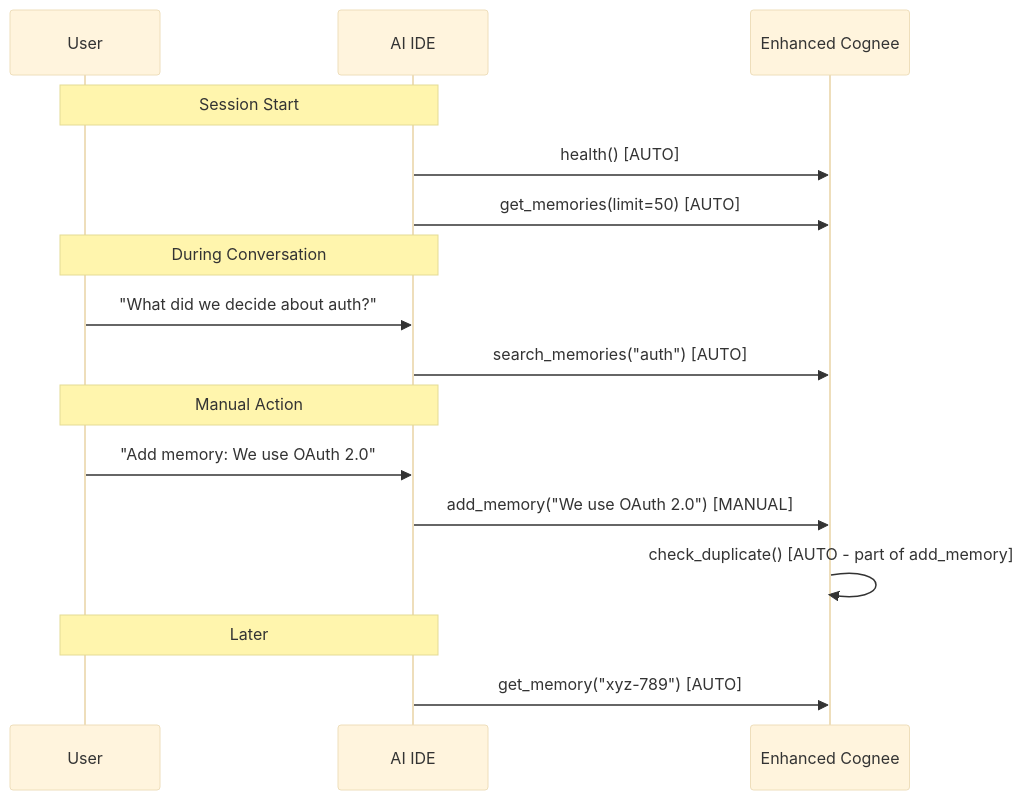
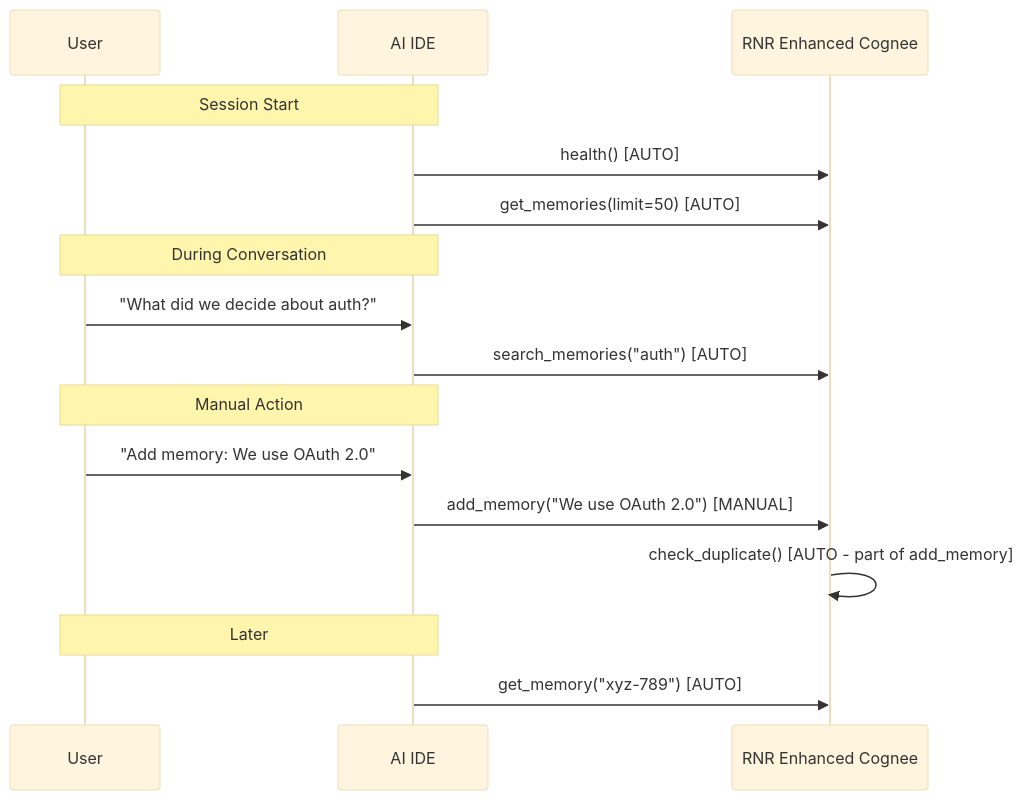
Before and after one commit to vincentspereira/Enhanced-Cognee: the diagram in docs/reports/audits/AUDIT_SUMMARY.md, drawn with Mermaid (base theme). The commit also changed other lines of this file and 464 other files, not shown here.

First line of the commit message:
chore(rename): rebrand references to RNR Enhanced Cognee

````diff
--- a/docs/reports/audits/AUDIT_SUMMARY.md
+++ b/docs/reports/audits/AUDIT_SUMMARY.md
@@ -154,26 +154,26 @@
 ```mermaid
 sequenceDiagram
     participant User
     participant AI as AI IDE
-    participant MCP as Enhanced Cognee
+    participant MCP as RNR Enhanced Cognee
 
     Note over User,AI: Session Start
 
     AI->>MCP: health() [AUTO]
     AI->>MCP: get_memories(limit=50) [AUTO]
 
     Note over User,AI: During Conversation
 
     User->>AI: "What did we decide about auth?"
     AI->>MCP: search_memories("auth") [AUTO]
 
     Note over User,AI: Manual Action
 
     User->>AI: "Add memory: We use OAuth 2.0"
     AI->>MCP: add_memory("We use OAuth 2.0") [MANUAL]
     MCP->>MCP: check_duplicate() [AUTO - part of add_memory]
 
     Note over User,AI: Later
 
     AI->>MCP: get_memory("xyz-789") [AUTO]
 ```
````
